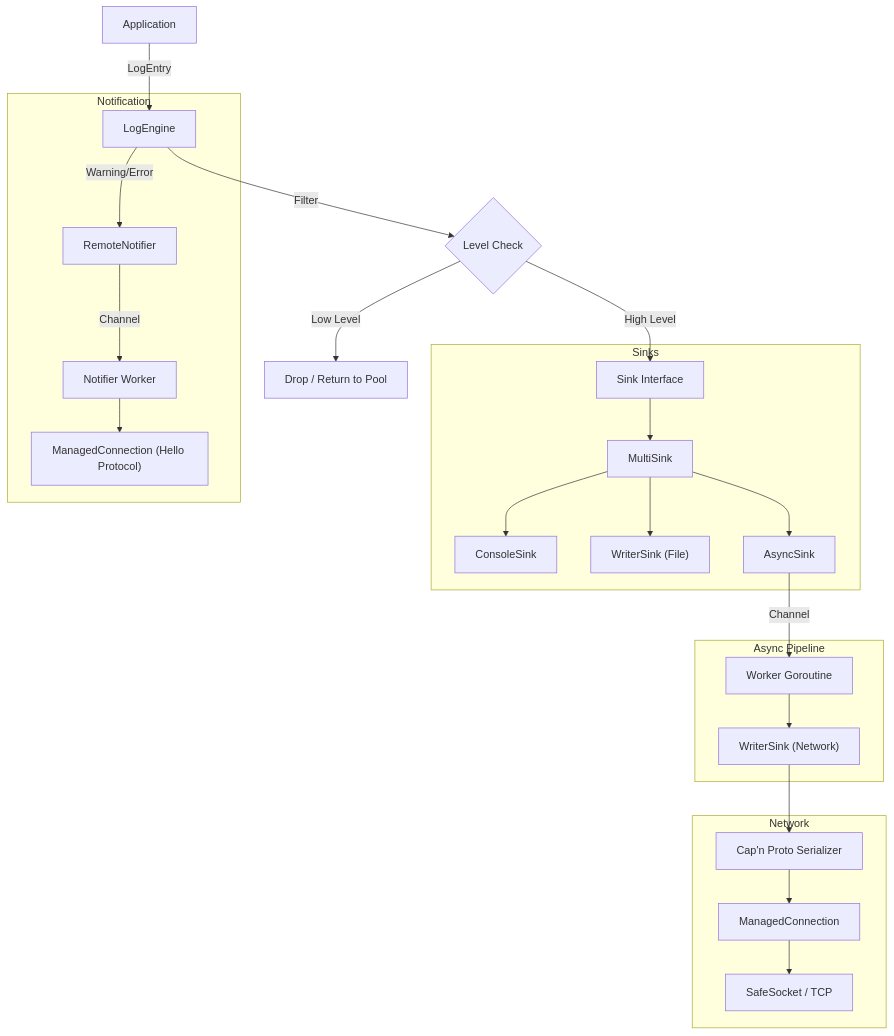
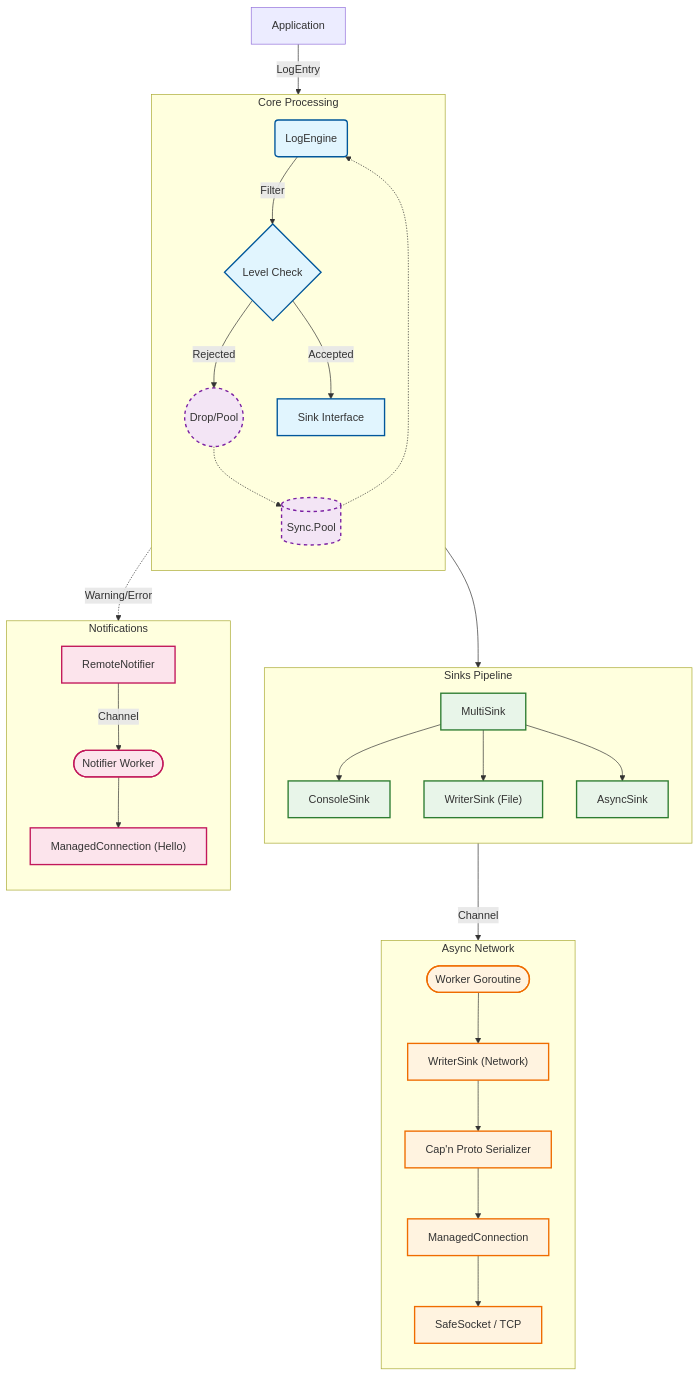
One commit to Bastien-Antigravity/flexible-logger changed the diagram in ARCHITECTURE.md. Above: the diagram before and after it, drawn with Mermaid.

Commit message:
Enhance Architecture diagram with colors and shapes

````diff
--- a/ARCHITECTURE.md
+++ b/ARCHITECTURE.md
@@ -7,31 +7,47 @@
 ```mermaid
-graph TD
-    App[Application] -->|LogEntry| Engine[LogEngine]
-    Engine -->|Filter| Pool{Level Check}
-    Pool -- Low Level --> Drop["Drop / Return to Pool"]
-    Pool -- High Level --> Sink[Sink Interface]
+flowchart TD
+    %% Styles
+    classDef core fill:#e1f5fe,stroke:#01579b,stroke-width:2px;
+    classDef sink fill:#e8f5e9,stroke:#2e7d32,stroke-width:2px;
+    classDef net fill:#fff3e0,stroke:#ef6c00,stroke-width:2px;
+    classDef alert fill:#fce4ec,stroke:#c2185b,stroke-width:2px;
+    classDef pool fill:#f3e5f5,stroke:#7b1fa2,stroke-width:2px,stroke-dasharray: 5 5;
+
+    %% Nodes
+    App[Application] -->|LogEntry| Engine(LogEngine):::core
     
-    subgraph Sinks
-        Sink --> Multi[MultiSink]
-        Multi --> Console[ConsoleSink]
-        Multi --> File["WriterSink (File)"]
-        Multi --> Async[AsyncSink]
+    subgraph Core Processing
+        direction TB
+        Engine -->|Filter| Decision{Level Check}:::core
+        Decision -- "Rejected" --> Drop((Drop/Pool)):::pool
+        Decision -- "Accepted" --> Sinks[Sink Interface]:::core
+        
+        %% Pool Cycle
+        Drop -.-> Pool[(Sync.Pool)]:::pool
+        Pool -.-> Engine
     end
     
-    subgraph Async Pipeline
-        Async -- Channel --> Worker[Worker Goroutine]
-        Worker --> NetSink["WriterSink (Network)"]
+    subgraph Sinks Pipeline
+        direction TB
+        Sinks --> Multi[MultiSink]:::sink
+        Multi --> Console[ConsoleSink]:::sink
+        Multi --> File["WriterSink (File)"]:::sink
+        Multi --> Async[AsyncSink]:::sink
     end
     
-    subgraph Network
-        NetSink --> Serializer["Cap'n Proto Serializer"]
-        Serializer --> ManagedConn[ManagedConnection]
-        ManagedConn --> Socket["SafeSocket / TCP"]
+    subgraph Async Network
+        direction TB
+        Async -- Channel --> Worker([Worker Goroutine]):::net
+        Worker --> NetSink["WriterSink (Network)"]:::net
+        NetSink --> Serializer["Cap'n Proto Serializer"]:::net
+        Serializer --> ManagedConn[ManagedConnection]:::net
+        ManagedConn --> Socket["SafeSocket / TCP"]:::net
     end
     
-    subgraph Notification
-        Engine -->|Warning/Error| Notifier[RemoteNotifier]
-        Notifier -- Channel --> NotifWorker[Notifier Worker]
-        NotifWorker --> NotifConn["ManagedConnection (Hello Protocol)"]
+    subgraph Notifications
+        direction TB
+        Engine -. "Warning/Error" .-> Notifier[RemoteNotifier]:::alert
+        Notifier -- Channel --> NotifWorker([Notifier Worker]):::alert
+        NotifWorker --> NotifConn["ManagedConnection (Hello)"]:::alert
     end
 ```
````
